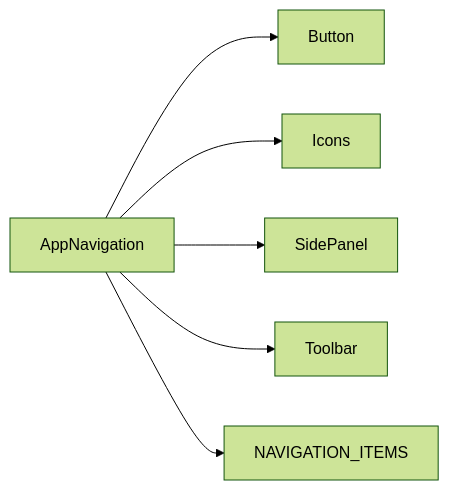
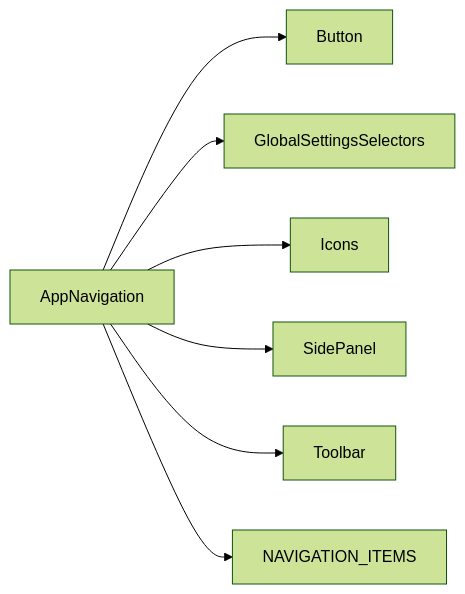
The first of 2 diagrams in apps/react-router/src/components/AppNavigation/ARCHITECTURE.md (luciocabrera/lcabrera-stack), drawn with Mermaid (forest theme) before and after one commit. The commit also changed other lines of this file and 33 other files, not shown here.

First line of the commit message:
feat: enhance global settings for navigation preferences

````diff
--- a/apps/react-router/src/components/AppNavigation/ARCHITECTURE.md
+++ b/apps/react-router/src/components/AppNavigation/ARCHITECTURE.md
@@ -20,8 +20,9 @@
 ```mermaid
 graph LR
   AppNavigation --> Button
+  AppNavigation --> GlobalSettingsSelectors
   AppNavigation --> Icons
   AppNavigation --> SidePanel
   AppNavigation --> Toolbar
   AppNavigation --> NAVIGATION_ITEMS
 ```
````
